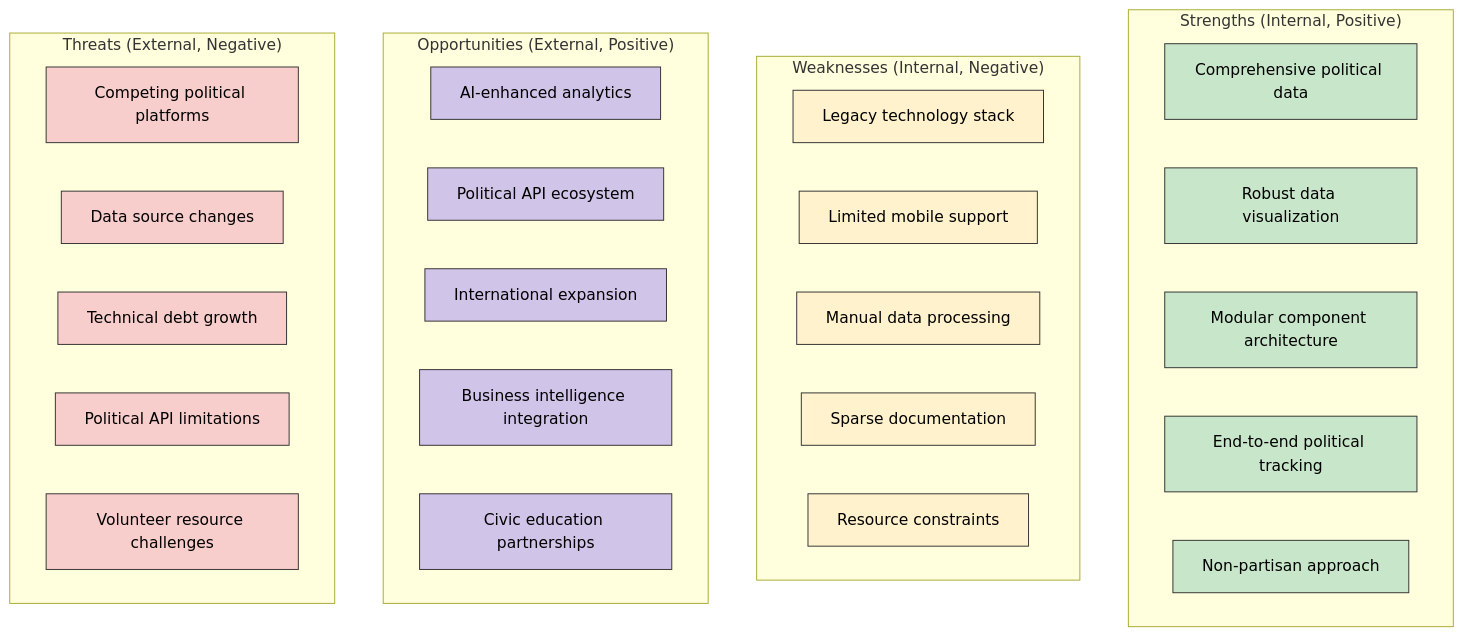
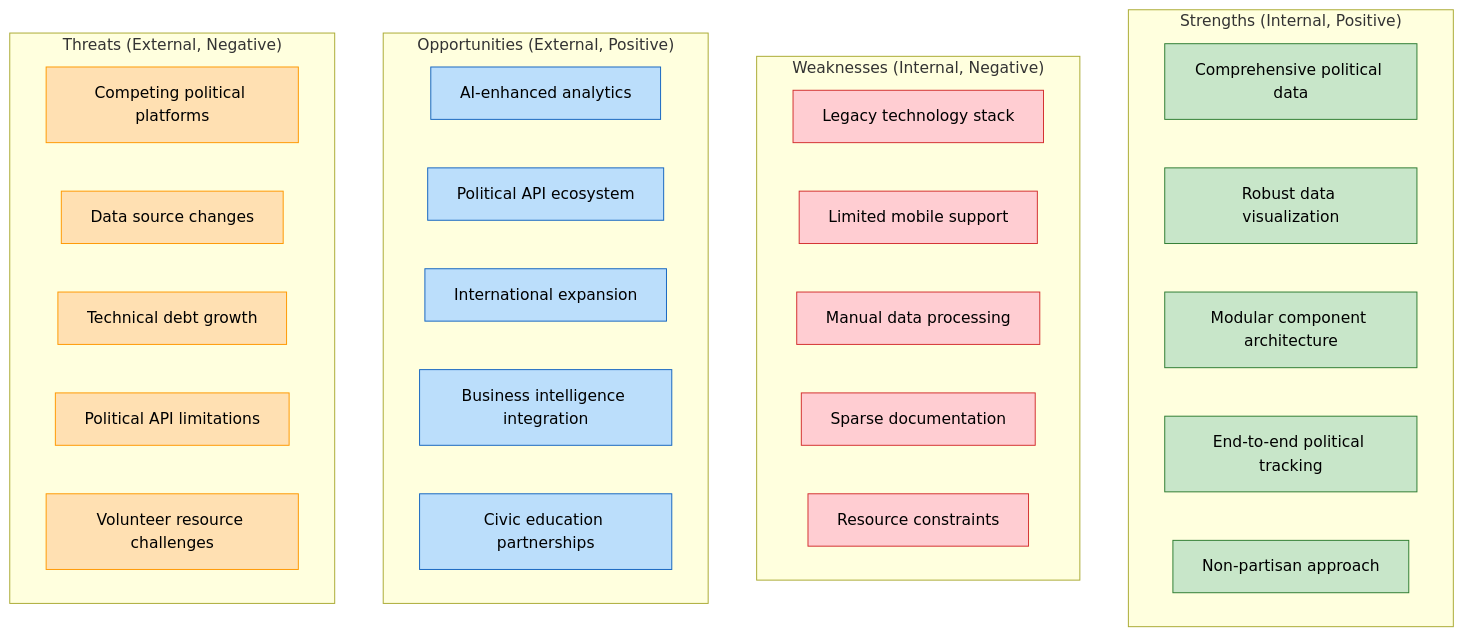
Before and after one commit to Hack23/cia: the second of 8 diagrams in SWOT.md, drawn with Mermaid. The commit also changed other lines of this file and 3 other files, not shown here.

First line of the commit message:
fix: align quadrant chart colors with risk semantics across all files

````diff
--- a/SWOT.md
+++ b/SWOT.md
@@ -128,45 +128,45 @@
 ```mermaid
 graph TD
     subgraph "Strengths (Internal, Positive)"
         S1["Comprehensive political data"]
         S2["Robust data visualization"]
         S3["Modular component architecture"]
         S4["End-to-end political tracking"]
         S5["Non-partisan approach"]
     end
 
     subgraph "Weaknesses (Internal, Negative)"
         W1["Legacy technology stack"]
         W2["Limited mobile support"]
         W3["Manual data processing"]
         W4["Sparse documentation"]
         W5["Resource constraints"]
     end
 
     subgraph "Opportunities (External, Positive)"
         O1["AI-enhanced analytics"]
         O2["Political API ecosystem"]
         O3["International expansion"]
         O4["Business intelligence integration"]
         O5["Civic education partnerships"]
     end
 
     subgraph "Threats (External, Negative)"
         T1["Competing political platforms"]
         T2["Data source changes"]
         T3["Technical debt growth"]
         T4["Political API limitations"]
         T5["Volunteer resource challenges"]
     end
 
     %% Style
-    classDef strengths fill:#c8e6c9,stroke:#333,stroke-width:1px,color:black
-    classDef weaknesses fill:#fff2cc,stroke:#333,stroke-width:1px,color:black
-    classDef opportunities fill:#d1c4e9,stroke:#333,stroke-width:1px,color:black
-    classDef threats fill:#f8cecc,stroke:#333,stroke-width:1px,color:black
+    classDef strengths fill:#c8e6c9,stroke:#2E7D32,stroke-width:1px,color:black
+    classDef weaknesses fill:#ffcdd2,stroke:#D32F2F,stroke-width:1px,color:black
+    classDef opportunities fill:#bbdefb,stroke:#1565C0,stroke-width:1px,color:black
+    classDef threats fill:#ffe0b2,stroke:#FF9800,stroke-width:1px,color:black
 
     class S1,S2,S3,S4,S5 strengths
     class W1,W2,W3,W4,W5 weaknesses
     class O1,O2,O3,O4,O5 opportunities
     class T1,T2,T3,T4,T5 threats
 ```
````
